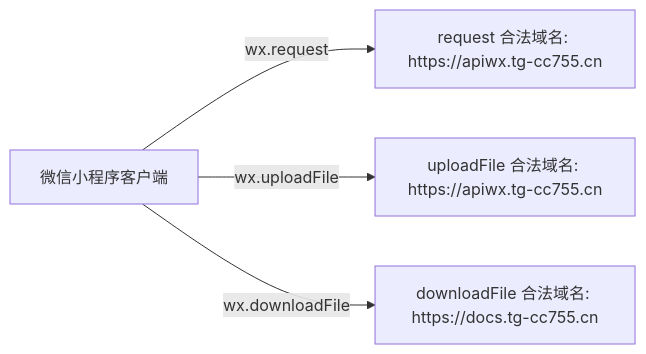
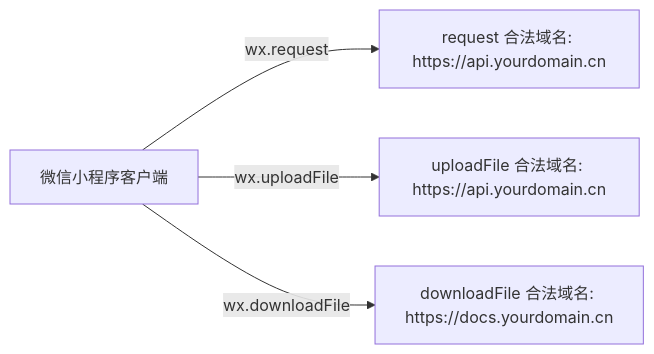
Before and after one commit to ponyletter/py310sphinx_knowledge: the diagram in docs/source/courses/wxapp_sphinx_from_zero/stage2_wechat_mp_platform/02_appid_domain_whitelist.md, drawn with Mermaid. The commit also changed other lines of this file and 14 other files, not shown here.

````diff
--- a/docs/source/courses/wxapp_sphinx_from_zero/stage2_wechat_mp_platform/02_appid_domain_whitelist.md
+++ b/docs/source/courses/wxapp_sphinx_from_zero/stage2_wechat_mp_platform/02_appid_domain_whitelist.md
@@ -30,6 +30,6 @@
 ```{mermaid}
 graph LR
-    MiniApp[微信小程序客户端] -->|wx.request| Req[request 合法域名: https://apiwx.tg-cc755.cn]
-    MiniApp -->|wx.uploadFile| Up[uploadFile 合法域名: https://apiwx.tg-cc755.cn]
-    MiniApp -->|wx.downloadFile| Down[downloadFile 合法域名: https://docs.tg-cc755.cn]
+    MiniApp[微信小程序客户端] -->|wx.request| Req[request 合法域名: https://api.yourdomain.cn]
+    MiniApp -->|wx.uploadFile| Up[uploadFile 合法域名: https://api.yourdomain.cn]
+    MiniApp -->|wx.downloadFile| Down[downloadFile 合法域名: https://docs.yourdomain.cn]
 ```
````
